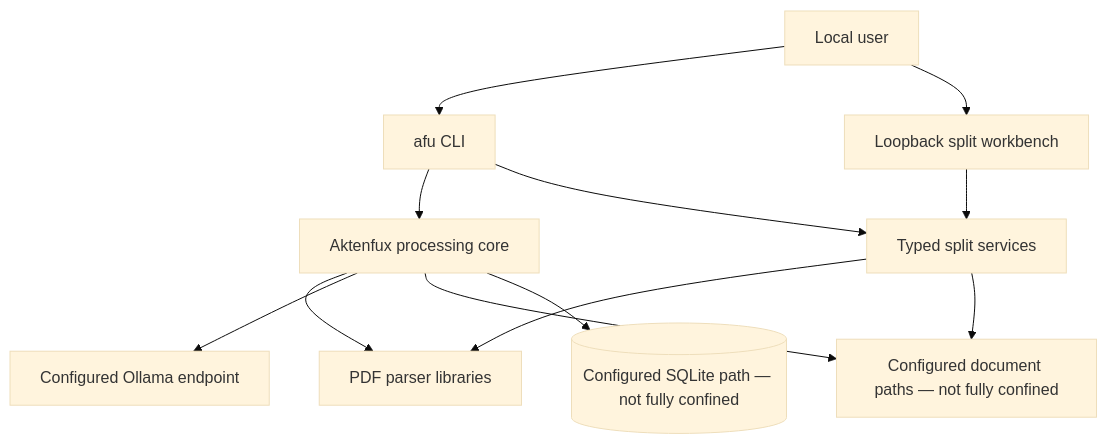
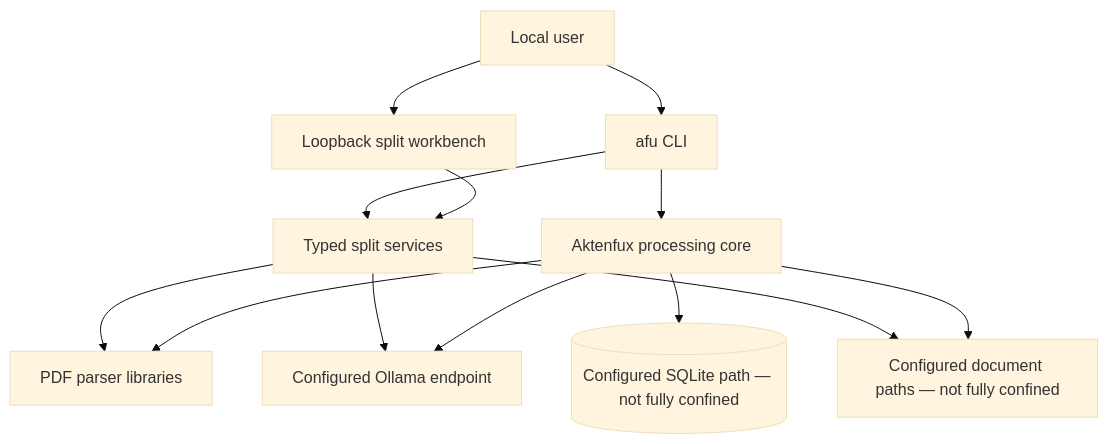
The first of 4 diagrams in docs/architecture.md (cgars/aktenfux), drawn with Mermaid (base theme) before and after one commit. The commit also changed other lines of this file and 15 other files, not shown here.

````diff
--- a/docs/architecture.md
+++ b/docs/architecture.md
@@ -52,14 +52,15 @@
 ```mermaid
 flowchart TD
     U["Local user"] --> CLI["afu CLI"]
     U --> UI["Loopback split workbench"]
     CLI --> CORE["Aktenfux processing core"]
     UI --> SPLIT["Typed split services"]
     CLI --> SPLIT
     CORE --> PDF["PDF parser libraries"]
     SPLIT --> PDF
     CORE --> OLLAMA["Configured Ollama endpoint"]
+    SPLIT --> OLLAMA
     CORE --> STORE["Configured document paths — not fully confined"]
     SPLIT --> STORE
     CORE --> DB[("Configured SQLite path — not fully confined")]
 ```
````
